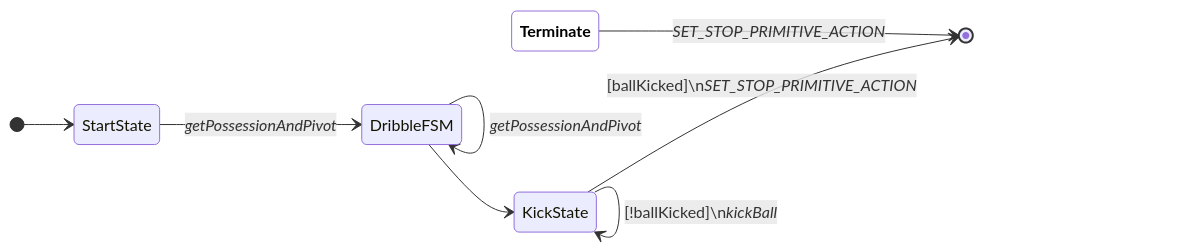
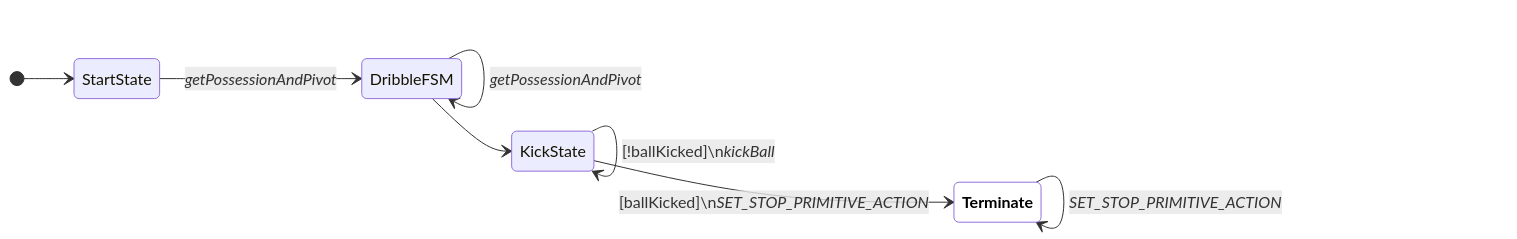
Before and after one commit to UBC-Thunderbots/Software: diagram 11 of 16 in docs/fsm-diagrams.md, drawn with Mermaid. The commit also changed other lines of this file and 1 other file, not shown here.

Commit message:
Combine end and terminate state

````diff
--- a/docs/fsm-diagrams.md
+++ b/docs/fsm-diagrams.md
@@ -192,14 +192,14 @@
 ```mermaid
 
 stateDiagram-v2
 classDef terminate fill:white,color:black,font-weight:bold
 direction LR
 [*] --> StartState
 StartState --> DribbleFSM : <i>getPossessionAndPivot</i>
 DribbleFSM --> DribbleFSM : <i>getPossessionAndPivot</i>
 DribbleFSM --> KickState
 KickState --> KickState : [!ballKicked]\n<i>kickBall</i>
-KickState --> [*] : [ballKicked]\n<i>SET_STOP_PRIMITIVE_ACTION</i>
-Terminate:::terminate --> [*] : <i>SET_STOP_PRIMITIVE_ACTION</i>
+KickState --> Terminate:::terminate : [ballKicked]\n<i>SET_STOP_PRIMITIVE_ACTION</i>
+Terminate:::terminate --> Terminate:::terminate : <i>SET_STOP_PRIMITIVE_ACTION</i>
 
 ```
````
